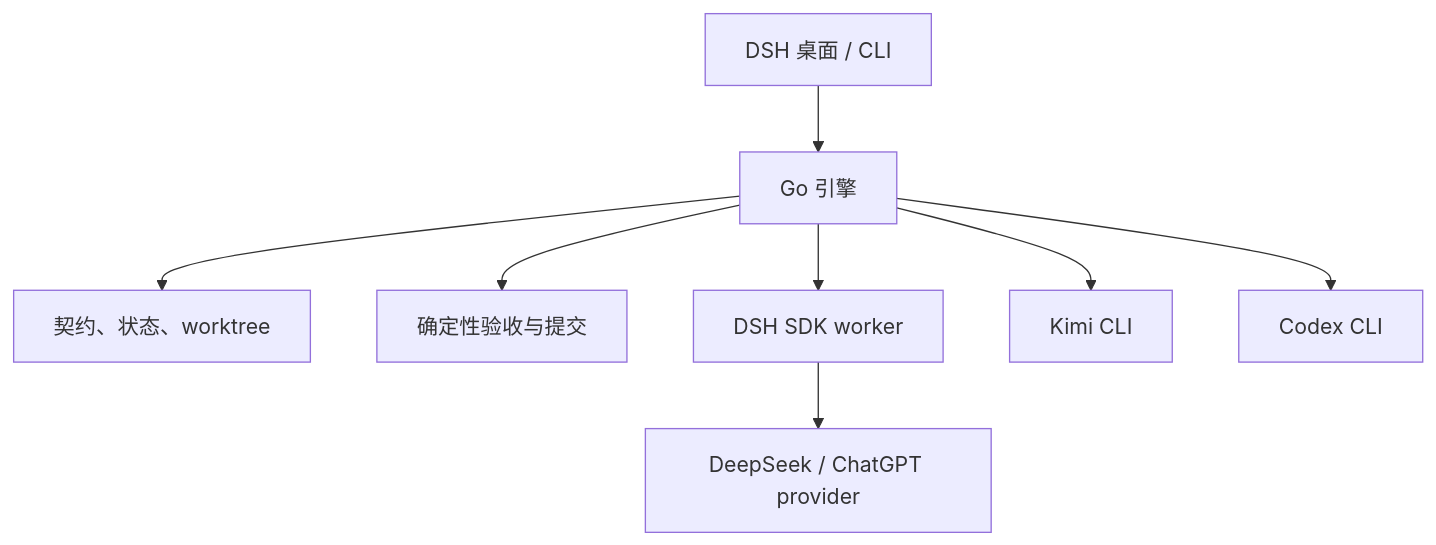
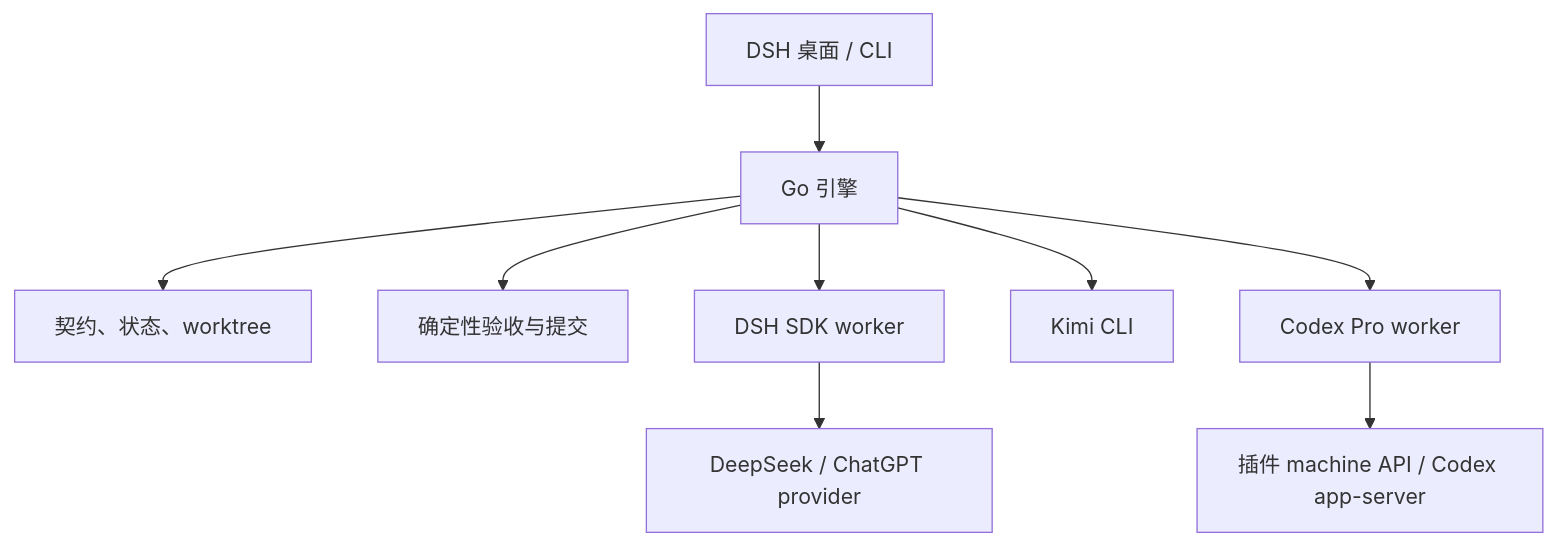
One commit to ckanner/flywheel changed the diagram in docs/design.md. Above: the diagram before and after it, drawn with Mermaid. The commit also changed other lines of this file and 60 other files, not shown here.

First line of the commit message:
feat: route hard tasks through the Codex Pro machine API

````diff
--- a/docs/design.md
+++ b/docs/design.md
@@ -28,10 +28,11 @@
 ```mermaid
 flowchart TD
   U["DSH 桌面 / CLI"] --> G["Go 引擎"]
   G --> C["契约、状态、worktree"]
   G --> V["确定性验收与提交"]
   G --> D["DSH SDK worker"]
   G --> K["Kimi CLI"]
-  G --> X["Codex CLI"]
+  G --> X["Codex Pro worker"]
+  X --> A["插件 machine API / Codex app-server"]
   D --> P["DeepSeek / ChatGPT provider"]
 ```
````
